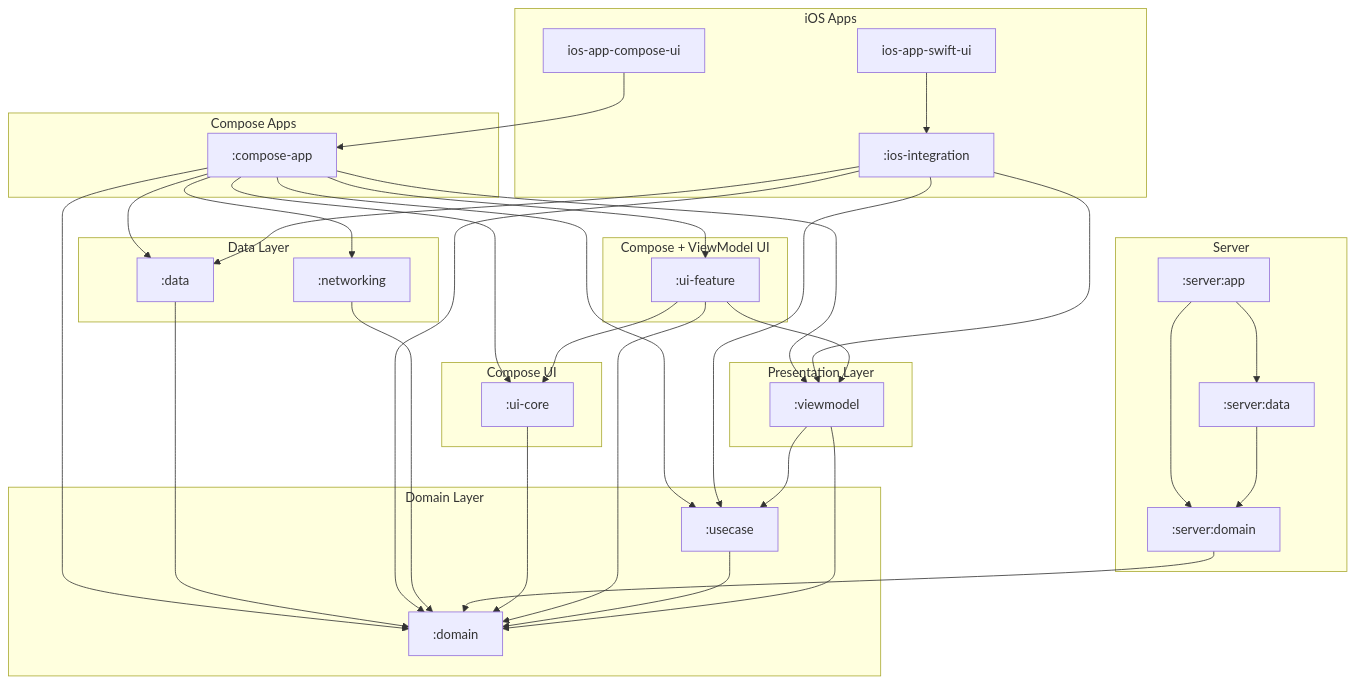
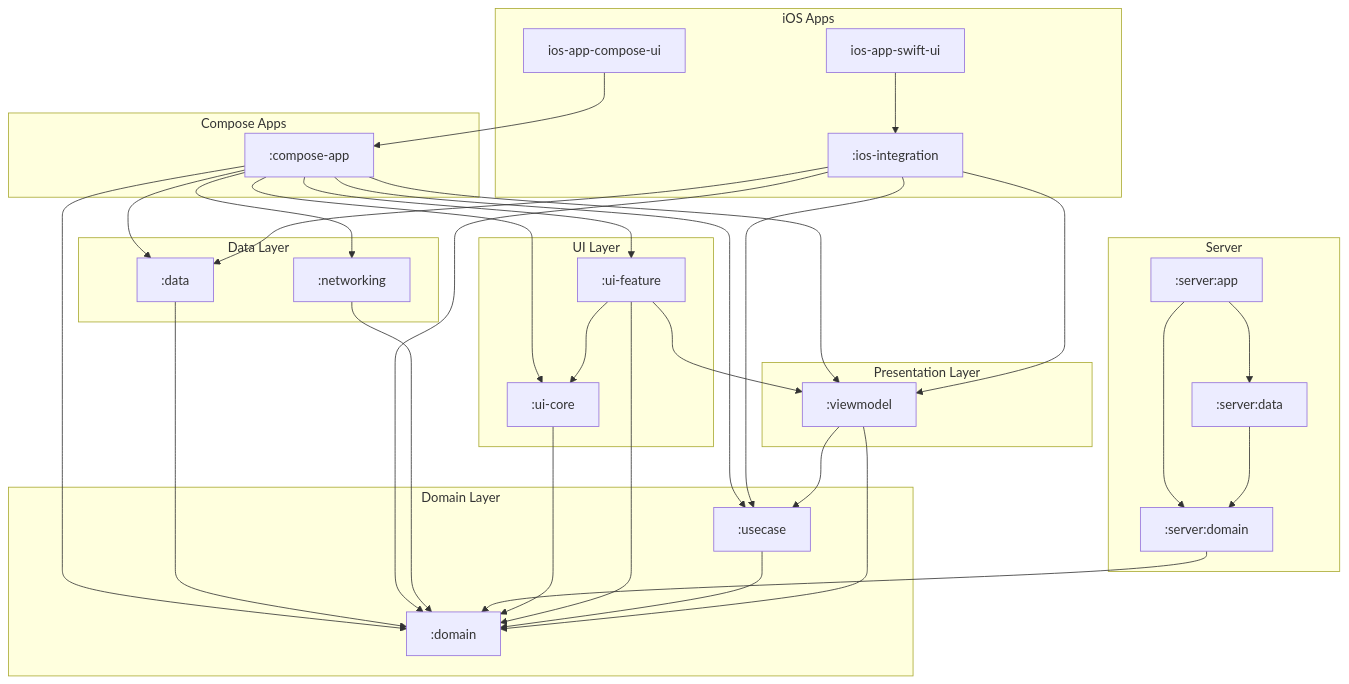
The diagram in docs/diagrams/full_system_structure.mmd (cartland/battery-butler), drawn with Mermaid before and after one commit. The commit also changed 4 other files, not shown here.

Commit message:
Msg: Update architecture diagram to group all Server modules

```diff
--- a/docs/diagrams/full_system_structure.mmd
+++ b/docs/diagrams/full_system_structure.mmd
@@ -1,80 +1,75 @@
 graph TD
     subgraph "iOS Apps"
         IosIntegration[":ios-integration"]
         Ios-app-compose-ui["ios-app-compose-ui"]
         Ios-app-swift-ui["ios-app-swift-ui"]
     end
 
     subgraph "Compose Apps"
         ComposeApp[":compose-app"]
     end
 
     subgraph "Server"
         ServerApp[":server:app"]
         ServerData[":server:data"]
         ServerDomain[":server:domain"]
     end
 
-    subgraph "Compose UI"
+    subgraph "UI Layer"
         UICore[":ui-core"]
-    end
-
-    subgraph "Compose + ViewModel UI"
         UIFeature[":ui-feature"]
     end
 
     subgraph "Presentation Layer"
         ViewModel[":viewmodel"]
     end
 
     subgraph "Domain Layer"
         Domain[":domain"]
         UseCase[":usecase"]
     end
 
     subgraph "Data Layer"
         Data[":data"]
         Networking[":networking"]
     end
 
     %% Dependencies
     ComposeApp --> Data
     ComposeApp --> Domain
     ComposeApp --> Networking
     ComposeApp --> UICore
     ComposeApp --> UIFeature
     ComposeApp --> UseCase
     ComposeApp --> ViewModel
 
     Data --> Domain
 
     IosIntegration --> Data
     IosIntegration --> Domain
     IosIntegration --> UseCase
     IosIntegration --> ViewModel
 
     Networking --> Domain
 
     ServerApp --> ServerData
     ServerApp --> ServerDomain
 
     ServerData --> ServerDomain
 
     ServerDomain --> Domain
 
-
-
     UICore --> Domain
 
     UIFeature --> Domain
     UIFeature --> UICore
     UIFeature --> ViewModel
 
     UseCase --> Domain
 
     ViewModel --> Domain
     ViewModel --> UseCase
 
     Ios-app-compose-ui --> ComposeApp
 
     Ios-app-swift-ui --> IosIntegration
```
